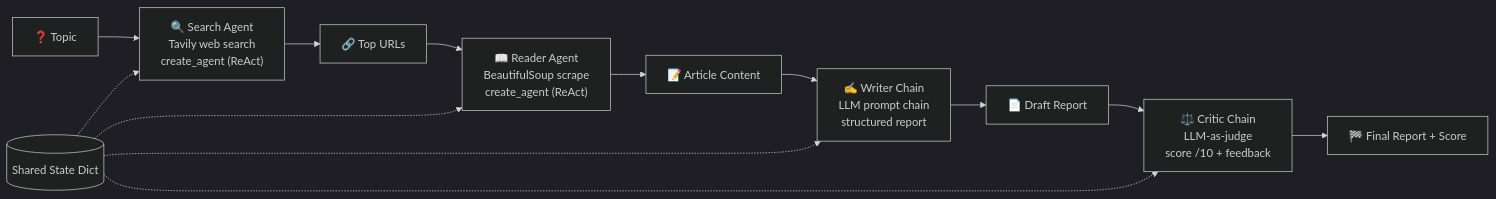
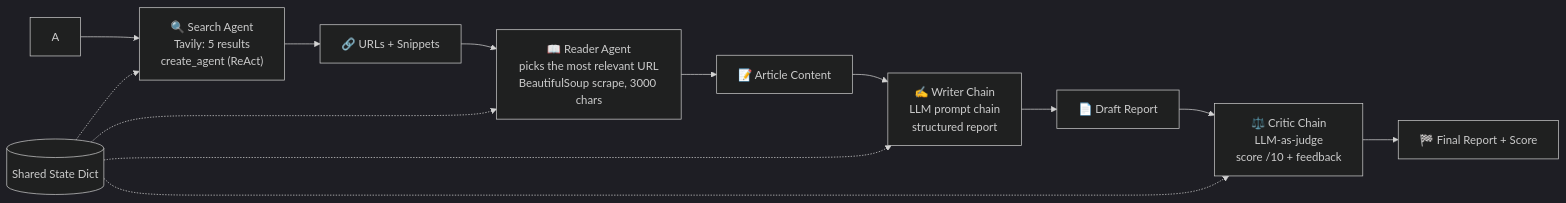
The diagram in README.md (amitsaha09/Multi-Agent-Research-Helper), drawn with Mermaid (dark theme) before and after one commit. The commit also changed other lines of this file, not shown here.

````diff
--- a/README.md
+++ b/README.md
@@ -15,16 +15,16 @@
 ```mermaid
 flowchart LR
-    A["❓ Topic"] --> B["🔍 Search Agent<br/>Tavily web search<br/>create_agent (ReAct)"]
-    B --> C["🔗 Top URLs"]
-    C --> D["📖 Reader Agent<br/>BeautifulSoup scrape<br/>create_agent (ReAct)"]
+    A --> B["🔍 Search Agent<br/>Tavily: 5 results<br/>create_agent (ReAct)"]
+    B --> C["🔗 URLs + Snippets"]
+    C --> D["📖 Reader Agent<br/>picks the most relevant URL<br/>BeautifulSoup scrape, 3000 chars"]
     D --> E["📝 Article Content"]
     E --> F["✍️ Writer Chain<br/>LLM prompt chain<br/>structured report"]
     F --> G["📄 Draft Report"]
     G --> H["⚖️ Critic Chain<br/>LLM-as-judge<br/>score /10 + feedback"]
     H --> I["🏁 Final Report + Score"]
 
     S[("Shared State Dict")] -.-> B
     S -.-> D
     S -.-> F
     S -.-> H
 ```
````
